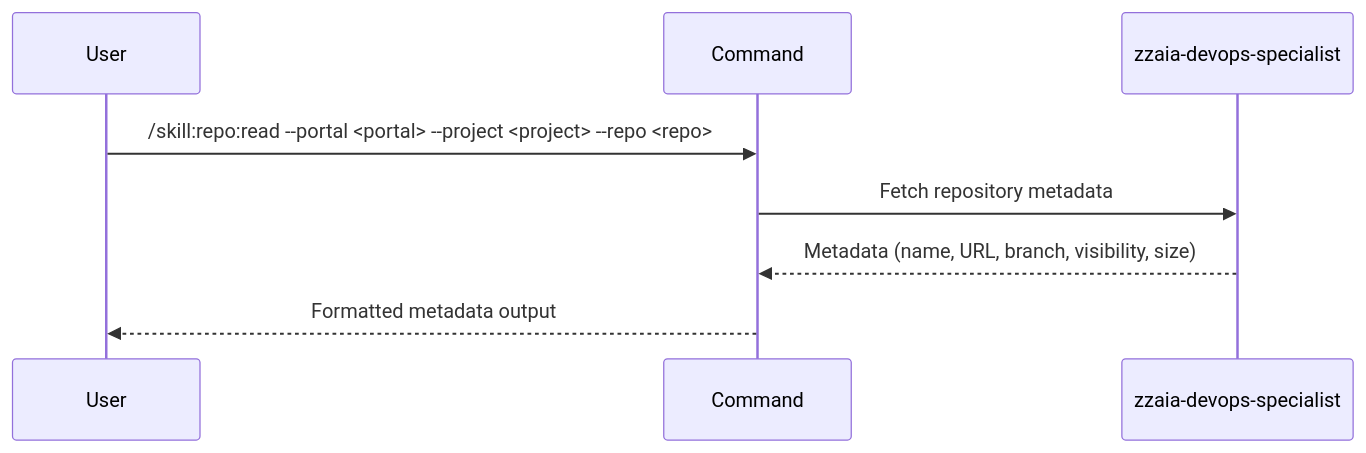
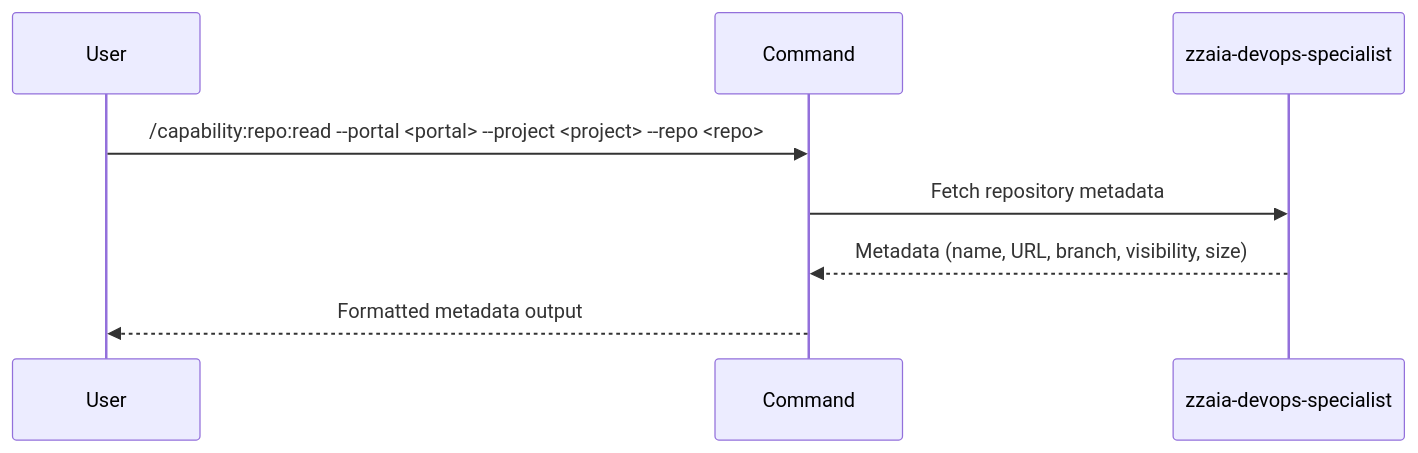
The diagram in .claude/commands/behavior/devops/repo/read/SKILL.md (zzaia/zzaia-agentic-workspace), drawn with Mermaid before and after one commit. The commit also changed other lines of this file and 106 other files, not shown here.

Commit message:
Change the skill layer to capability to avoid confusion between the skill pattern;

````diff
--- a/.claude/commands/behavior/devops/repo/read/SKILL.md
+++ b/.claude/commands/behavior/devops/repo/read/SKILL.md
@@ -44,11 +44,11 @@
 ```mermaid
 sequenceDiagram
     participant U as User
     participant C as Command
     participant A as zzaia-devops-specialist
 
-    U->>C: /skill:repo:read --portal <portal> --project <project> --repo <repo>
+    U->>C: /capability:repo:read --portal <portal> --project <project> --repo <repo>
     C->>A: Fetch repository metadata
     A-->>C: Metadata (name, URL, branch, visibility, size)
     C-->>U: Formatted metadata output
 ```
````
